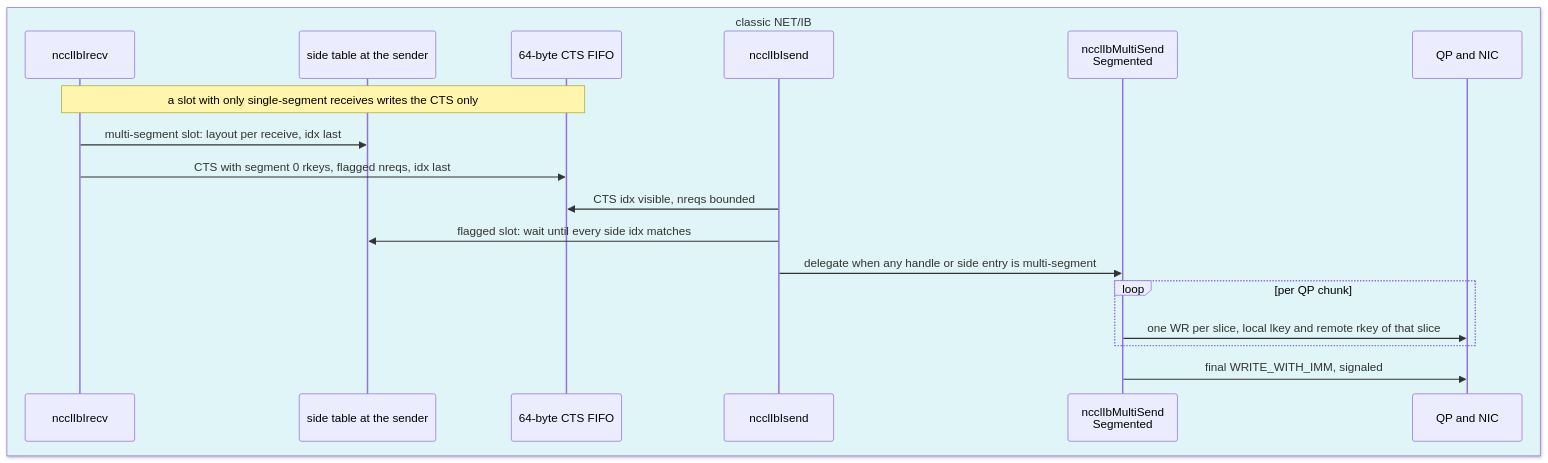
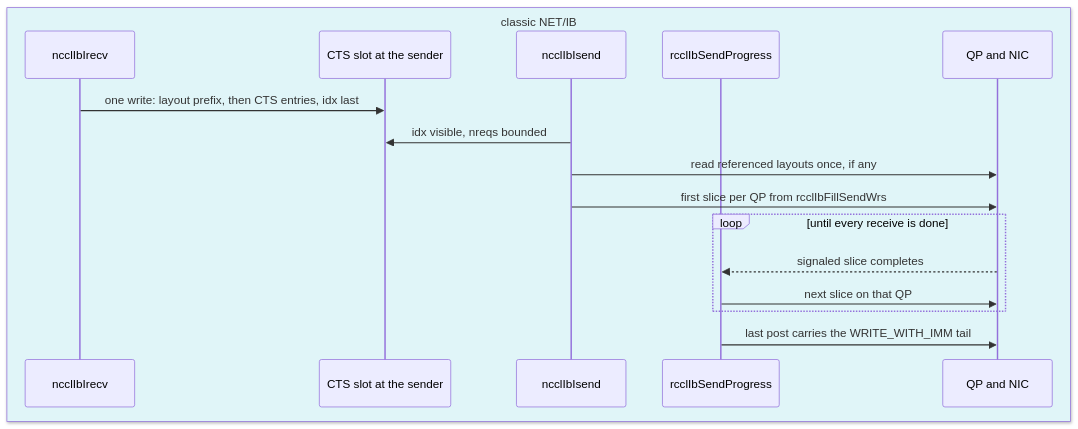
Before and after one commit to ROCm/rocm-systems: the first of 4 diagrams in projects/rccl/docs/design/multi_segment_netib_wire.md, drawn with Mermaid. The commit also changed other lines of this file and 16 other files, not shown here.

First line of the commit message:
docs: update multi-segment design docs for the review fixes and the fork plugin

````diff
--- a/projects/rccl/docs/design/multi_segment_netib_wire.md
+++ b/projects/rccl/docs/design/multi_segment_netib_wire.md
@@ -9,22 +12,20 @@
 ```mermaid
-%% caption: Classic NET/IB P2P: CTS, side table, and segmented send
+%% caption: Classic NET/IB P2P: one CTS write with the layout prefix, then sliced sends
 sequenceDiagram
  box rgb(224,245,248) classic NET/IB
  participant Rc as ncclIbIrecv
- participant Side as side table at the sender
- participant F as 64-byte CTS FIFO
+ participant S as CTS slot at the sender
  participant Sn as ncclIbIsend
- participant Sg as ncclIbMultiSend<br/>Segmented
+ participant P as rcclIbSendProgress
  participant Q as QP and NIC
  end
- Note over Rc,F: a slot with only single-segment receives writes the CTS only
- Rc->>Side: multi-segment slot: layout per receive, idx last
- Rc->>F: CTS with segment 0 rkeys, flagged nreqs, idx last
- Sn->>F: CTS idx visible, nreqs bounded
- Sn->>Side: flagged slot: wait until every side idx matches
- Sn->>Sg: delegate when any handle or side entry is multi-segment
- loop per QP chunk
- Sg->>Q: one WR per slice, local lkey and remote rkey of that slice
+ Rc->>S: one write: layout prefix, then CTS entries, idx last
+ Sn->>S: idx visible, nreqs bounded
+ Sn->>Q: read referenced layouts once, if any
+ Sn->>Q: first slice per QP from rcclIbFillSendWrs
+ loop until every receive is done
+ Q-->>P: signaled slice completes
+ P->>Q: next slice on that QP
  end
- Sg->>Q: final WRITE_WITH_IMM, signaled
+ P->>Q: last post carries the WRITE_WITH_IMM tail
 ```
````
